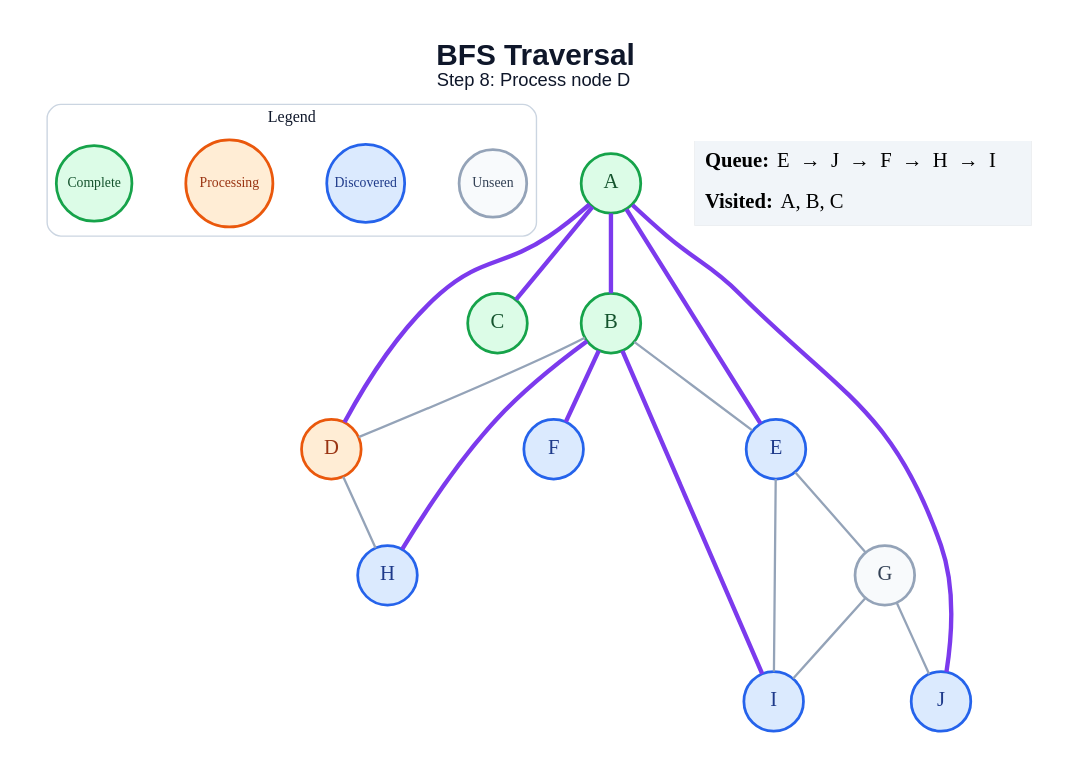
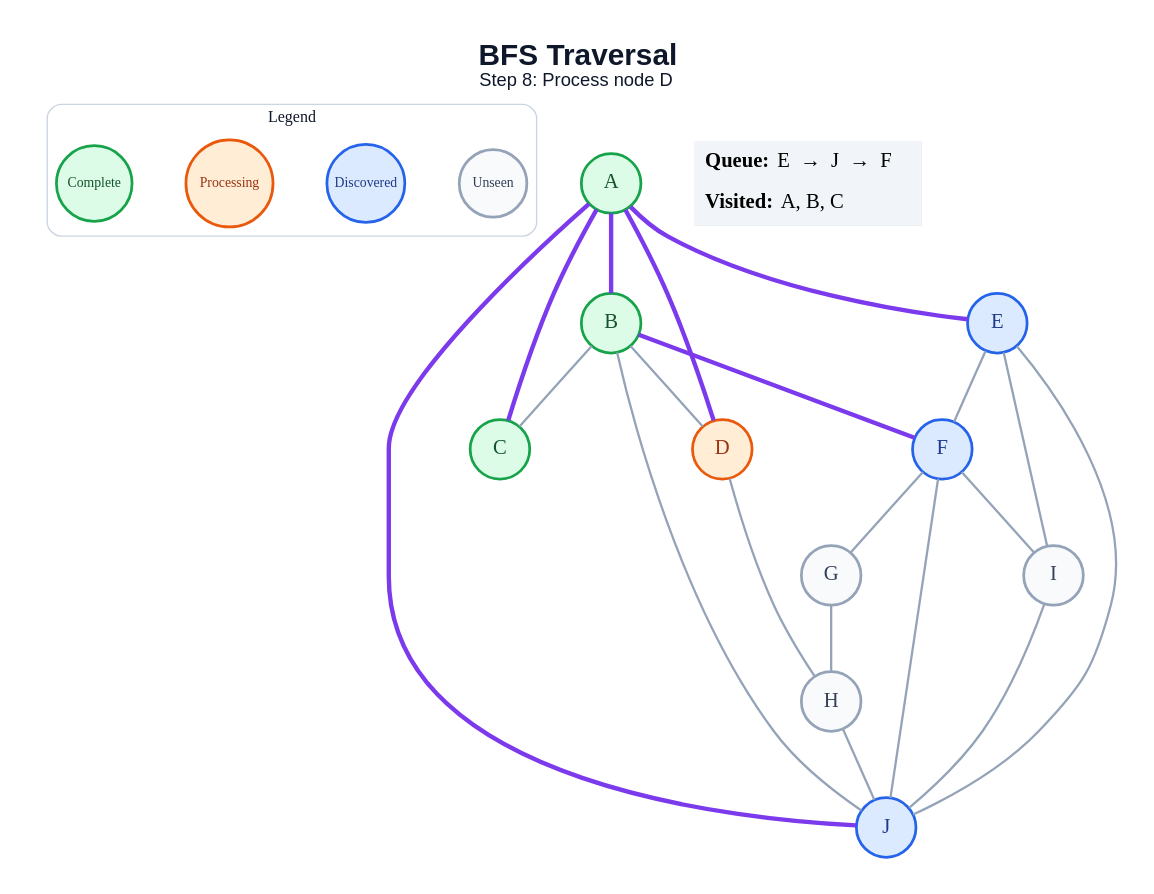
Before and after one commit to anon7238593-create/ai-slop: the diagram in generated/bfs/step_08.dot, drawn with Graphviz. The commit also changed 171 other files, not shown here.

```diff
--- a/generated/bfs/step_08.dot
+++ b/generated/bfs/step_08.dot
@@ -1,44 +1,48 @@
 graph traversal {
   graph [layout=dot, rankdir=TB, bgcolor="#FFFFFF", pad="0.35", nodesep="0.65", ranksep="0.8", fontname="Arial"];
   node [shape=circle, style="filled", fontname="Arial Bold", fontsize=18, width=0.72, fixedsize=true, penwidth=2.4];
   edge [color="#94A3B8", penwidth=2.0];
   label=<<B>BFS Traversal</B><BR/><FONT POINT-SIZE="16">Step 8: Process node D</FONT>>; labelloc="t"; fontsize=26; fontname="Arial"; fontcolor="#0F172A";
   subgraph cluster_legend { label="Legend"; color="#CBD5E1"; penwidth=1.2; style="rounded"; fontsize=14; fontname="Arial Bold";
     key_unseen [label="Unseen", fillcolor="#F8FAFC", color="#94A3B8", fontcolor="#334155", fontsize=12, width=0.82];
     key_frontier [label="Discovered", fillcolor="#DBEAFE", color="#2563EB", fontcolor="#1E3A8A", fontsize=12, width=0.95];
     key_current [label="Processing", fillcolor="#FFEDD5", color="#EA580C", fontcolor="#9A3412", fontsize=12, width=1.05];
     key_done [label="Complete", fillcolor="#DCFCE7", color="#16A34A", fontcolor="#14532D", fontsize=12, width=0.92];
     { rank=same; key_unseen; key_frontier; key_current; key_done; }
   }
   A [fillcolor="#DCFCE7", color="#16A34A", fontcolor="#14532D"];
   B [fillcolor="#DCFCE7", color="#16A34A", fontcolor="#14532D"];
   C [fillcolor="#DCFCE7", color="#16A34A", fontcolor="#14532D"];
   D [fillcolor="#FFEDD5", color="#EA580C", fontcolor="#9A3412"];
   E [fillcolor="#DBEAFE", color="#2563EB", fontcolor="#1E3A8A"];
   F [fillcolor="#DBEAFE", color="#2563EB", fontcolor="#1E3A8A"];
   G [fillcolor="#F8FAFC", color="#94A3B8", fontcolor="#334155"];
-  H [fillcolor="#DBEAFE", color="#2563EB", fontcolor="#1E3A8A"];
-  I [fillcolor="#DBEAFE", color="#2563EB", fontcolor="#1E3A8A"];
+  H [fillcolor="#F8FAFC", color="#94A3B8", fontcolor="#334155"];
+  I [fillcolor="#F8FAFC", color="#94A3B8", fontcolor="#334155"];
   J [fillcolor="#DBEAFE", color="#2563EB", fontcolor="#1E3A8A"];
   A -- B [color="#7C3AED", penwidth=3.8];
   A -- C [color="#7C3AED", penwidth=3.8];
   A -- D [color="#7C3AED", penwidth=3.8];
   A -- E [color="#7C3AED", penwidth=3.8];
   A -- J [color="#7C3AED", penwidth=3.8];
+  B -- C;
   B -- D;
-  B -- E;
   B -- F [color="#7C3AED", penwidth=3.8];
-  B -- H [color="#7C3AED", penwidth=3.8];
-  B -- I [color="#7C3AED", penwidth=3.8];
+  B -- J;
   D -- H;
-  E -- G;
+  E -- F;
   E -- I;
-  G -- I;
-  G -- J;
+  E -- J;
+  F -- G;
+  F -- I;
+  F -- J;
+  G -- H;
+  H -- J;
+  I -- J;
   status [shape=plain, fixedsize=false, width=0, height=0, margin=0, label=<
     <TABLE BORDER="0" CELLBORDER="0" CELLPADDING="7" BGCOLOR="#F1F5F9">
-      <TR><TD ALIGN="LEFT"><B>Queue:</B> E  →  J  →  F  →  H  →  I</TD></TR>
+      <TR><TD ALIGN="LEFT"><B>Queue:</B> E  →  J  →  F</TD></TR>
       <TR><TD ALIGN="LEFT"><B>Visited:</B> A, B, C</TD></TR>
     </TABLE>
   >];
 }
```
